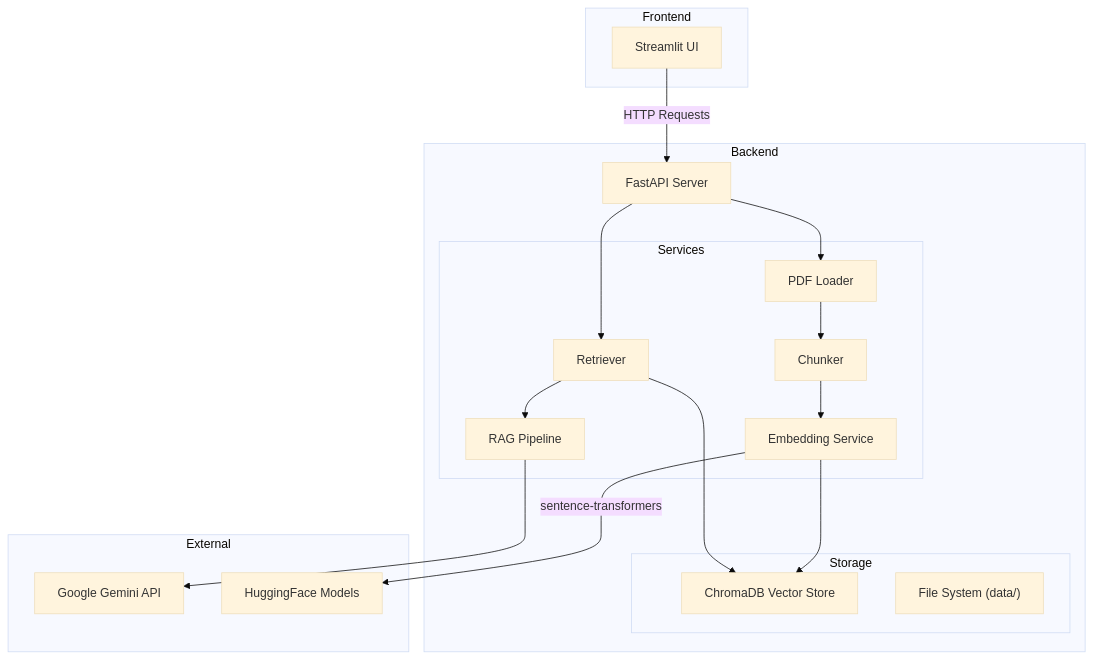
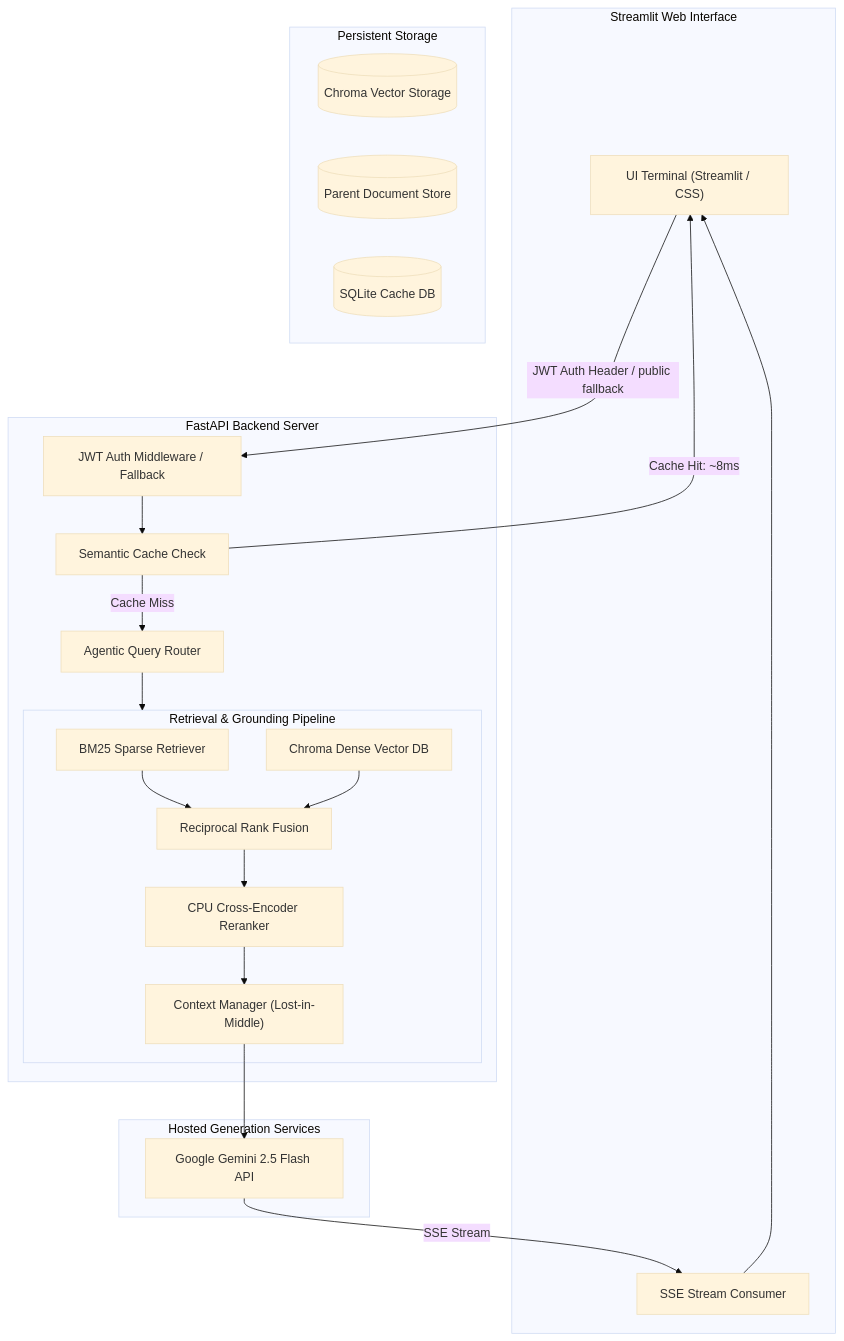
Before and after one commit to BvdMurali/Enterprise-RAG-System: the diagram in README.md, drawn with Mermaid (base theme). The commit also changed other lines of this file and 19 other files, not shown here.

Commit message:
feat: upgrade RAG pipeline, response schema, and premium Streamlit UI

````diff
--- a/README.md
+++ b/README.md
@@ -34,30 +35,46 @@
 ```mermaid
 graph TB
-    subgraph Frontend
-        ST["Streamlit UI"]
+    subgraph Client [Streamlit Web Interface]
+        UI["UI Terminal (Streamlit / CSS)"]
+        Stream["SSE Stream Consumer"]
     end
-    subgraph Backend
-        FA["FastAPI Server"]
-        subgraph Services
-            PL["PDF Loader"]
-            CH["Chunker"]
-            EM["Embedding Service"]
-            RT["Retriever"]
-            RP["RAG Pipeline"]
-        end
-        subgraph Storage
-            VS["ChromaDB Vector Store"]
-            FS["File System (data/)"]
+
+    subgraph API [FastAPI Backend Server]
+        Auth["JWT Auth Middleware / Fallback"]
+        Cache["Semantic Cache Check"]
+        Router["Agentic Query Router"]
+        
+        subgraph Pipeline [Retrieval & Grounding Pipeline]
+            BM25["BM25 Sparse Retriever"]
+            Chroma["Chroma Dense Vector DB"]
+            RRF["Reciprocal Rank Fusion"]
+            Rerank["CPU Cross-Encoder Reranker"]
+            Context["Context Manager (Lost-in-Middle)"]
         end
     end
-    subgraph External
-        GEM["Google Gemini API"]
-        HF["HuggingFace Models"]
+
+    subgraph Storage [Persistent Storage]
+        DB[(Chroma Vector Storage)]
+        ParentDB[(Parent Document Store)]
+        CacheDB[(SQLite Cache DB)]
     end
 
-    ST -->|HTTP Requests| FA
-    FA --> PL --> CH --> EM --> VS
-    FA --> RT --> VS
-    RT --> RP --> GEM
-    EM -->|sentence-transformers| HF
+    subgraph LLM [Hosted Generation Services]
+        Gemini["Google Gemini 2.5 Flash API"]
+    end
+
+    UI -->|JWT Auth Header / public fallback| Auth
+    Auth --> Cache
+    Cache -->|Cache Hit: ~8ms| UI
+    Cache -->|Cache Miss| Router
+    Router --> Pipeline
+    
+    BM25 --> RRF
+    Chroma --> RRF
+    RRF --> Rerank
+    Rerank --> Context
+    Context --> Gemini
+    
+    Gemini -->|SSE Stream| Stream
+    Stream --> UI
 ```
````
